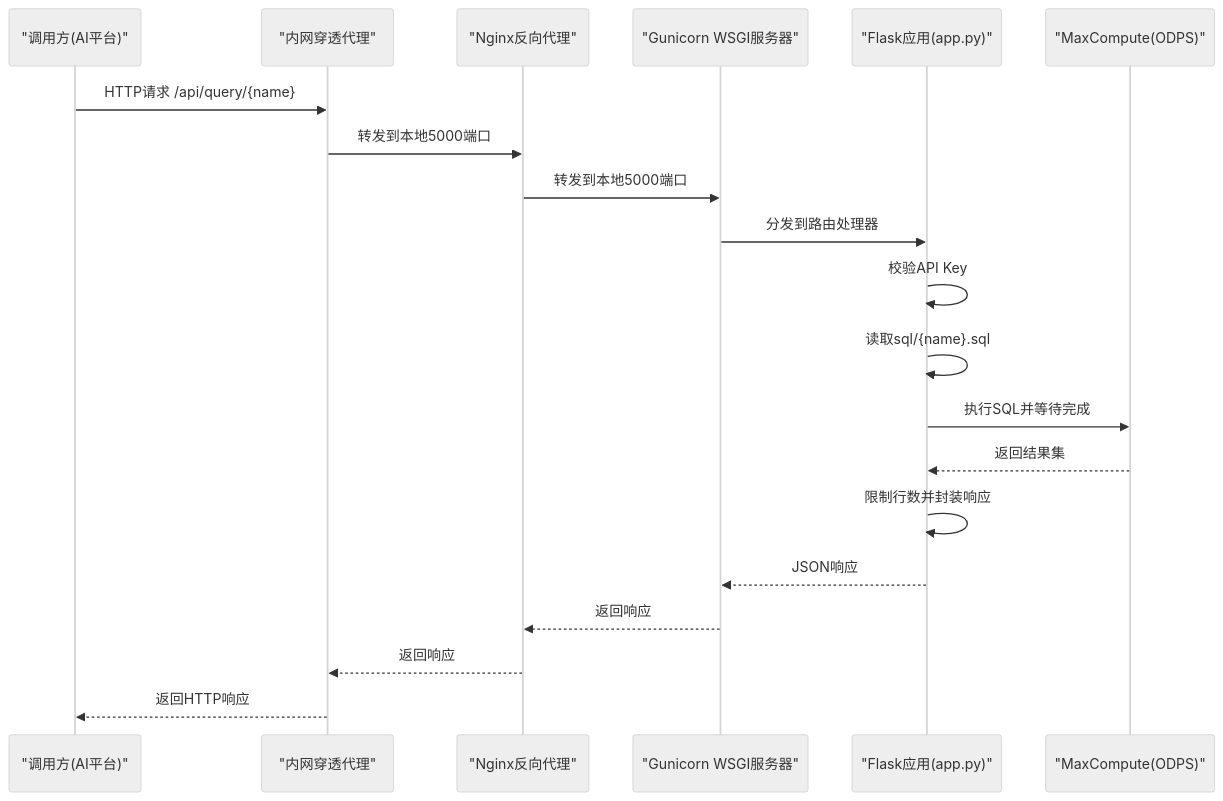
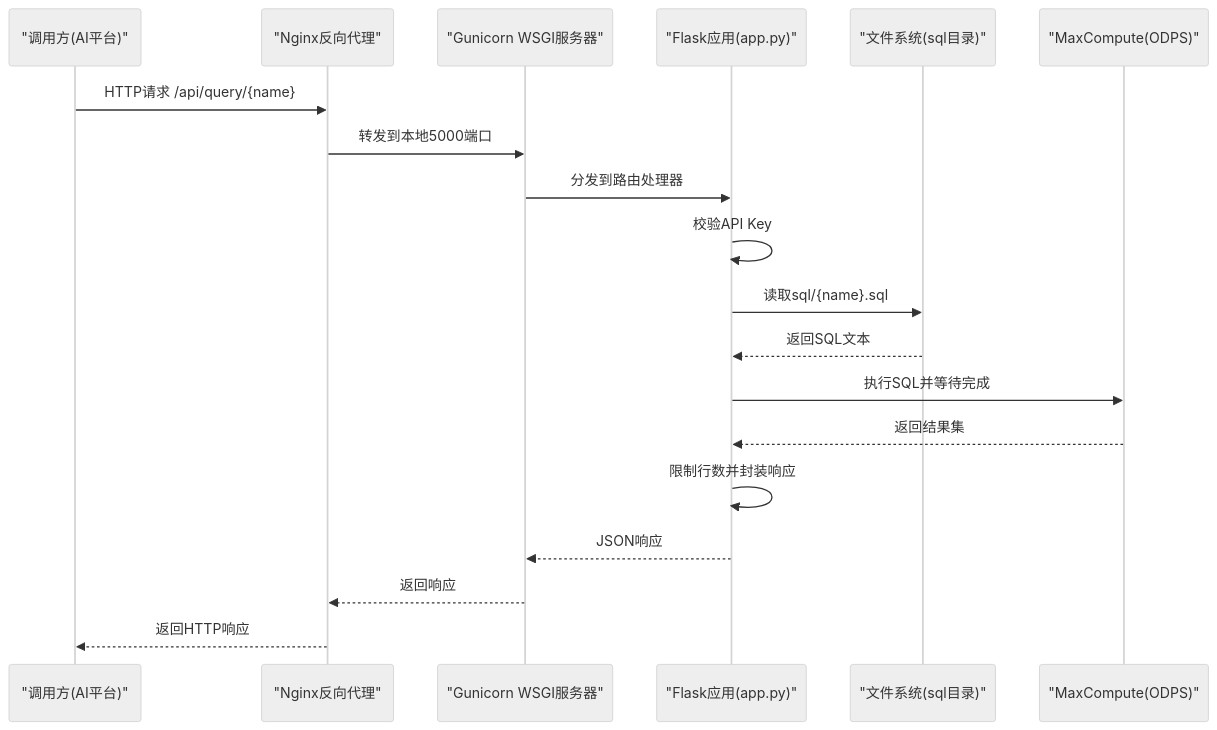
Before and after one commit to sd99886/test: the second of 7 diagrams in .qoder/repowiki/zh/content/业务逻辑模块/数据接口API服务.md, drawn with Mermaid (neutral theme). The commit also changed other lines of this file and 195 other files, not shown here.

````diff
--- a/.qoder/repowiki/zh/content/业务逻辑模块/数据接口API服务.md
+++ b/.qoder/repowiki/zh/content/业务逻辑模块/数据接口API服务.md
@@ -135,22 +124,21 @@
 ```mermaid
 sequenceDiagram
 participant Client as "调用方(AI平台)"
-participant Proxy as "内网穿透代理"
-participant Nginx as "Nginx反向代理"
+participant Proxy as "Nginx反向代理"
 participant Gunicorn as "Gunicorn WSGI服务器"
 participant Flask as "Flask应用(app.py)"
+participant FS as "文件系统(sql目录)"
 participant ODPS as "MaxCompute(ODPS)"
 Client->>Proxy : HTTP请求 /api/query/{name}
-Proxy->>Nginx : 转发到本地5000端口
-Nginx->>Gunicorn : 转发到本地5000端口
+Proxy->>Gunicorn : 转发到本地5000端口
 Gunicorn->>Flask : 分发到路由处理器
 Flask->>Flask : 校验API Key
-Flask->>Flask : 读取sql/{name}.sql
+Flask->>FS : 读取sql/{name}.sql
+FS-->>Flask : 返回SQL文本
 Flask->>ODPS : 执行SQL并等待完成
 ODPS-->>Flask : 返回结果集
 Flask->>Flask : 限制行数并封装响应
 Flask-->>Gunicorn : JSON响应
-Gunicorn-->>Nginx : 返回响应
-Nginx-->>Proxy : 返回响应
+Gunicorn-->>Proxy : 返回响应
 Proxy-->>Client : 返回HTTP响应
 ```
````
